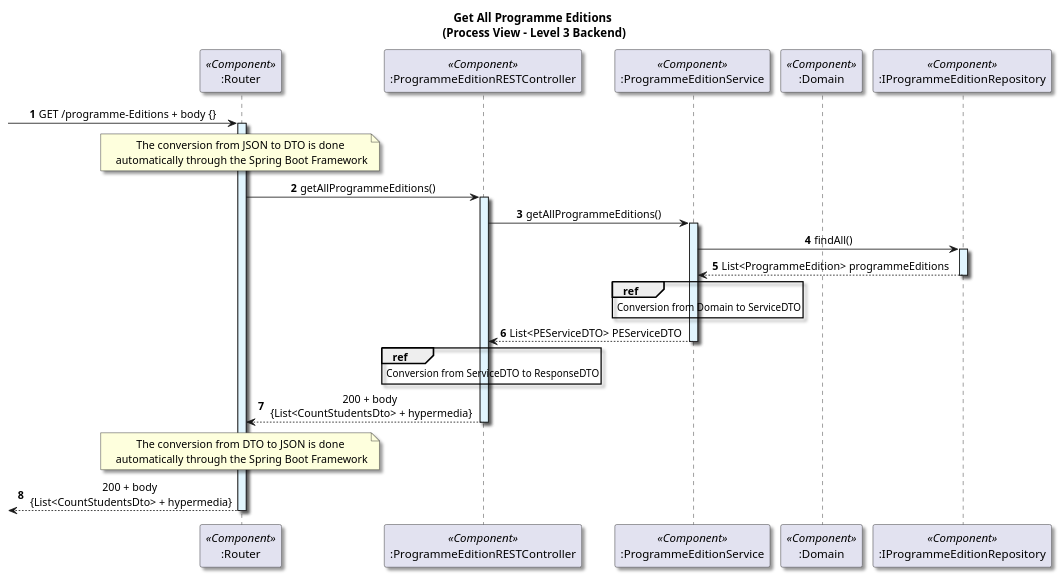
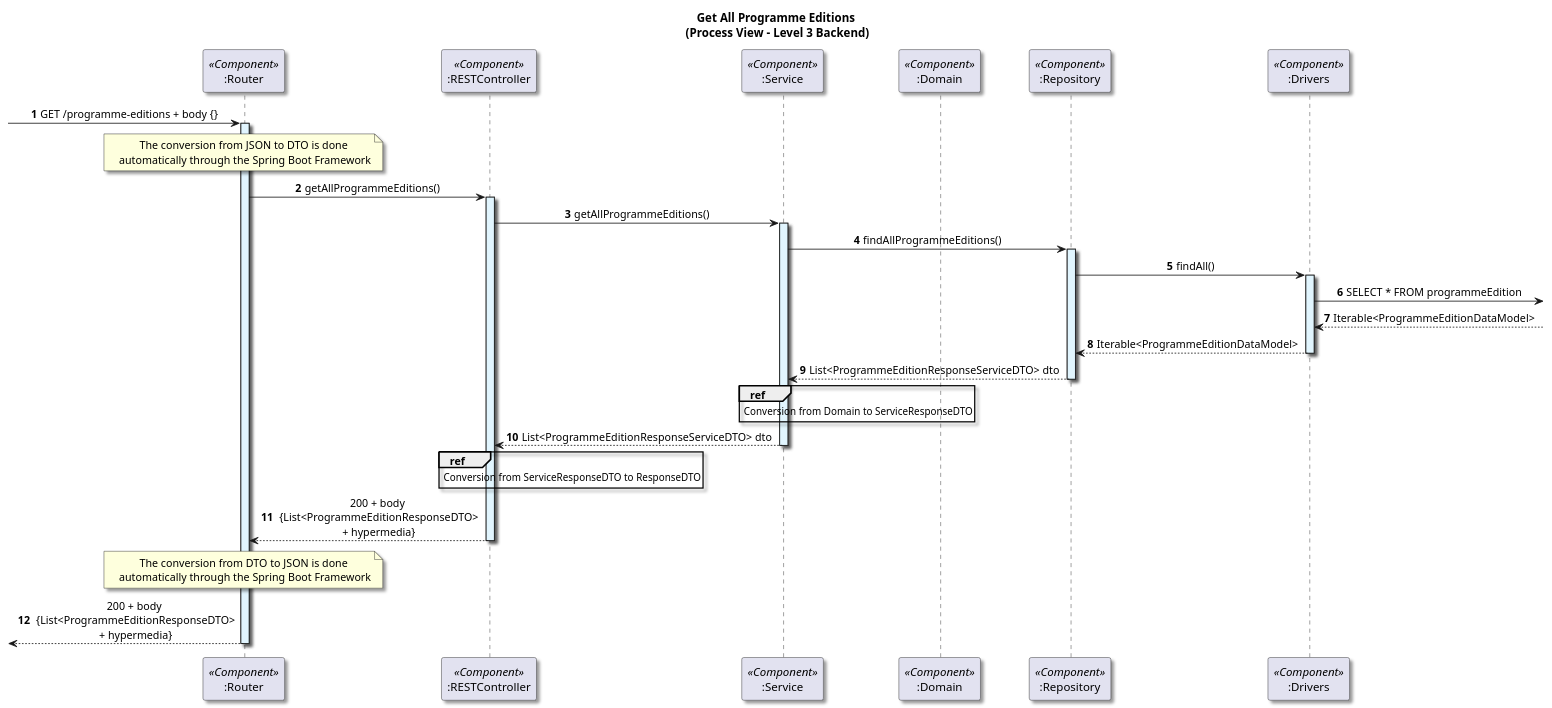
One commit to GasparISEP/DevOps-PAI changed the diagram in docs/US21/Sprint7/ProcessView/GetAllProgrammeEditionsLevel3Granularity.puml. Above: the diagram before and after it, drawn with PlantUML.

Commit message:
feat(GetAllProgrammeEditions): update UML diagram for programme editions retrieval flow (#672 #666)

```diff
--- a/docs/US21/Sprint7/ProcessView/GetAllProgrammeEditionsLevel3Granularity.puml
+++ b/docs/US21/Sprint7/ProcessView/GetAllProgrammeEditionsLevel3Granularity.puml
@@ -1,50 +1,59 @@
 @startuml
 
 title Get All Programme Editions\n (Process View - Level 3 Backend)
 
 skinparam defaultTextAlignment center
 skinparam shadowing true
 
 autonumber
 
 participant ":Router" as router <<Component>>
-participant ":ProgrammeEditionRESTController" as controller <<Component>>
-participant ":ProgrammeEditionService" as service <<Component>>
+participant ":RESTController" as controller <<Component>>
+participant ":Service" as service <<Component>>
 participant ":Domain" as domain <<Component>>
-participant ":IProgrammeEditionRepository" as repository <<Component>>
+participant ":Repository" as repository <<Component>>
+participant ":Drivers" as drivers <<Component>>
 
--> router: GET /programme-Editions + body {}
+-> router: GET /programme-editions + body {}
 activate router #E1F5FE
 
 note over router: The conversion from JSON to DTO is done\n automatically through the Spring Boot Framework
 
 router -> controller :getAllProgrammeEditions()
 activate controller#E1F5FE
 
 controller -> service : getAllProgrammeEditions()
 activate service#E1F5FE
 
-service -> repository: findAll()
+service -> repository: findAllProgrammeEditions()
 activate repository #E1F5FE
 
-repository --> service:List<ProgrammeEdition> programmeEditions
+repository -> drivers: findAll()
+activate drivers #E1F5FE
+
+drivers -> :SELECT * FROM programmeEdition
+drivers <--: Iterable<ProgrammeEditionDataModel>
+drivers --> repository: Iterable<ProgrammeEditionDataModel>
+deactivate drivers
+
+repository --> service:List<ProgrammeEditionResponseServiceDTO> dto
 deactivate repository
 
 ref over service
-    Conversion from Domain to ServiceDTO
+    Conversion from Domain to ServiceResponseDTO
 end
-service --> controller : List<PEServiceDTO> PEServiceDTO
+service --> controller : List<ProgrammeEditionResponseServiceDTO> dto
 deactivate service
 ref over controller
-    Conversion from ServiceDTO to ResponseDTO
+    Conversion from ServiceResponseDTO to ResponseDTO
 end
-controller --> router: 200 + body\n {List<CountStudentsDto> + hypermedia}
+controller --> router: 200 + body\n {List<ProgrammeEditionResponseDTO>\n + hypermedia}
 deactivate controller#E1F5FE
 
 note over router: The conversion from DTO to JSON is done\n automatically through the Spring Boot Framework
 
 
-<-- router: 200 + body\n {List<CountStudentsDto> + hypermedia}
+<-- router: 200 + body\n {List<ProgrammeEditionResponseDTO>\n + hypermedia}
 deactivate router #E1F5FE
 
 @enduml
```
